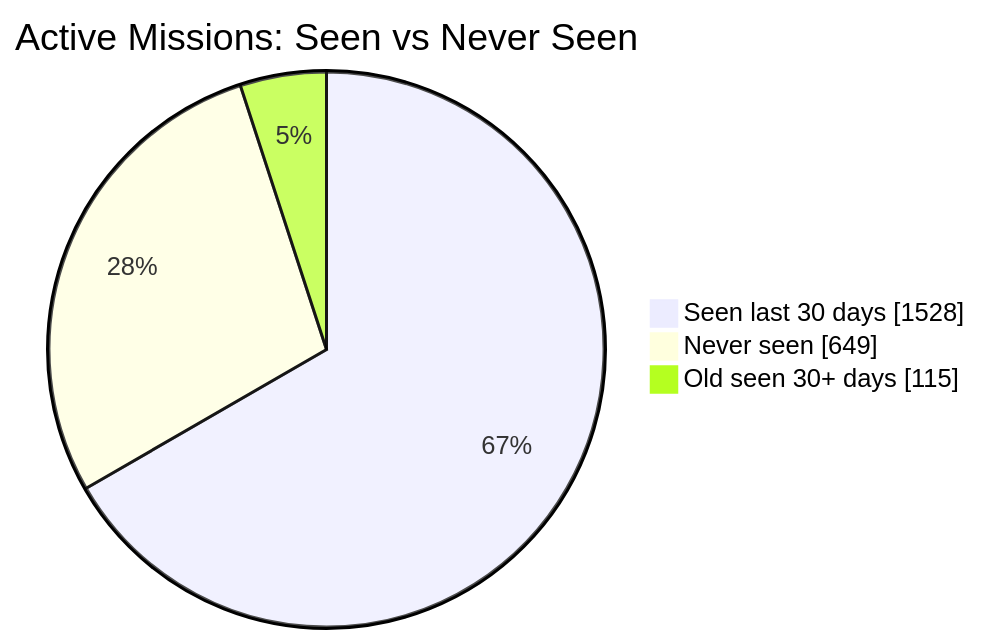
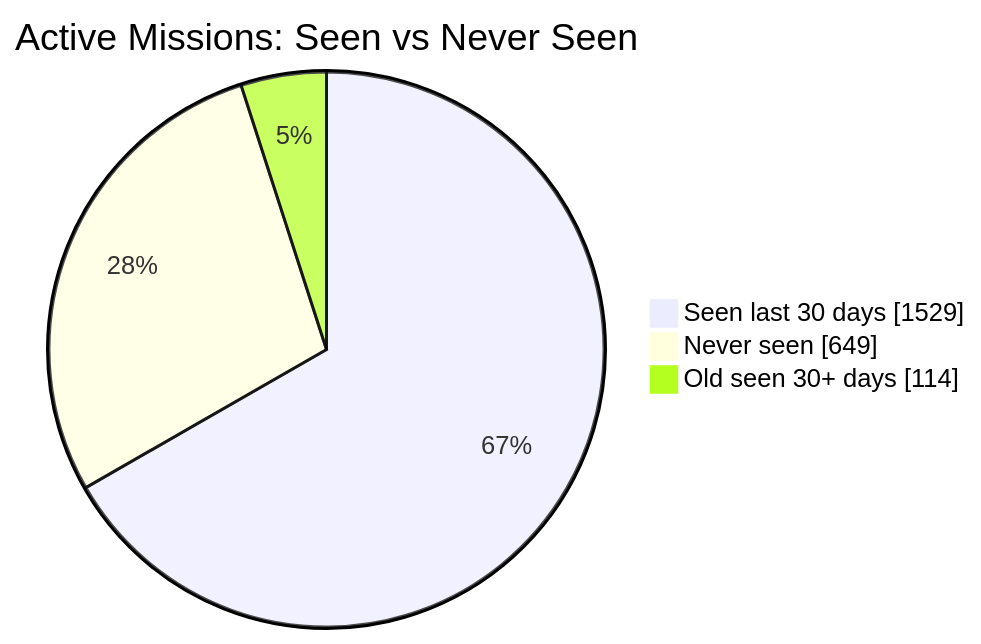
Before and after one commit to MeldkamerspelGameTeam/active-missions: the first of 2 diagrams in README.md, drawn with Mermaid. The commit also changed other lines of this file and 2 other files, not shown here.

````diff
--- a/README.md
+++ b/README.md
@@ -34,7 +34,7 @@
 ```mermaid
 pie showData
     title Active Missions: Seen vs Never Seen
-    "Seen last 30 days" : 1528
+    "Seen last 30 days" : 1529
     "Never seen" : 649
-    "Old seen 30+ days" : 115
+    "Old seen 30+ days" : 114
 ```
````
